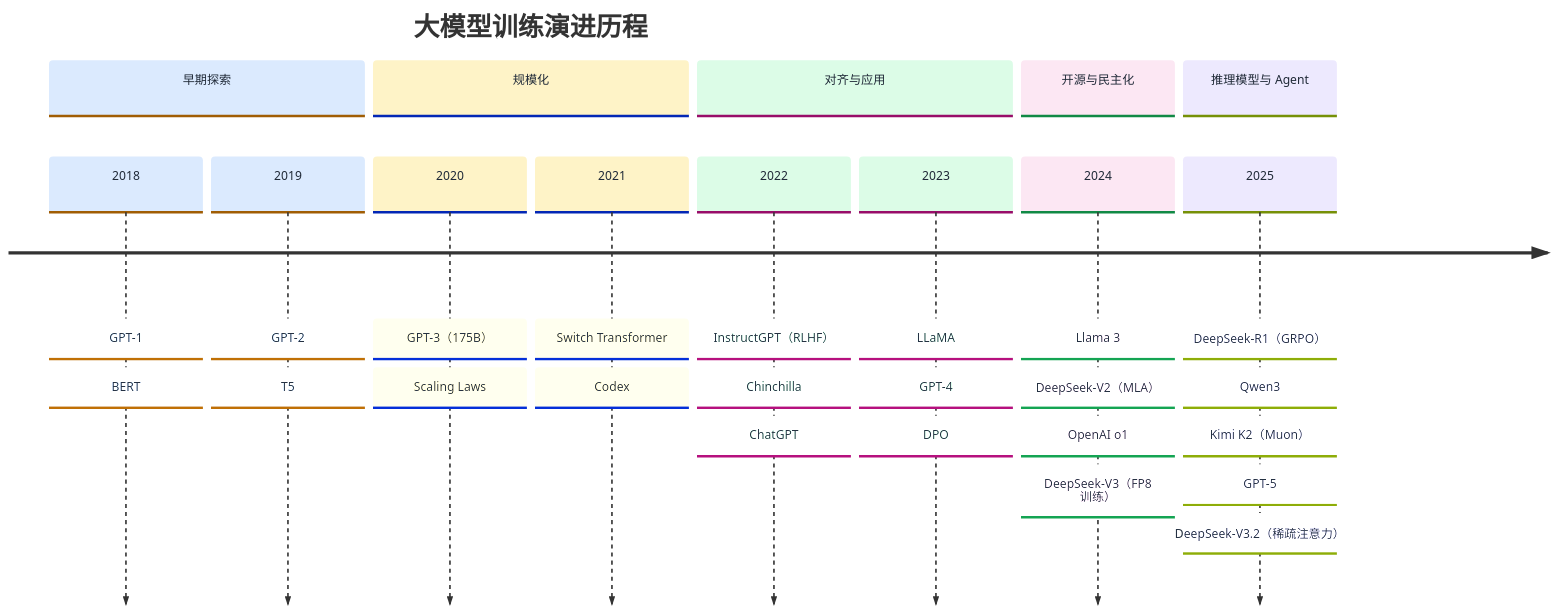
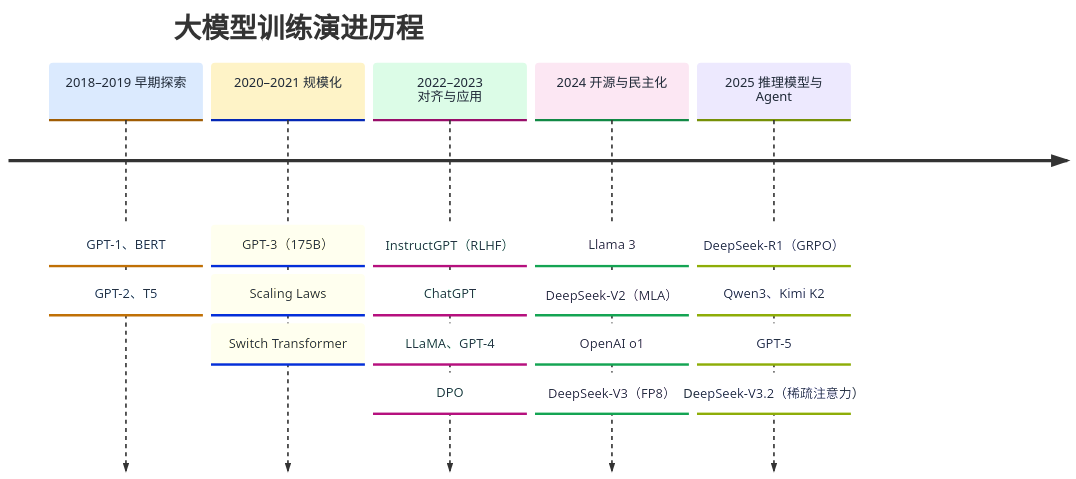
Before and after one commit to TingdeLiu/tingdeliu.github.io: the first of 29 diagrams in _posts/research/2026-02-06-LLM-Training-Survey.md, drawn with Mermaid. The commit also changed other lines of this file and 2 other files, not shown here.

Commit message:
style(llm-survey): merge timeline into five columns for larger text

````diff
--- a/_posts/research/2026-02-06-LLM-Training-Survey.md
+++ b/_posts/research/2026-02-06-LLM-Training-Survey.md
@@ -119,18 +119,10 @@
 ```mermaid
-%%{init: { 'theme': 'base', 'themeVariables': { 'fontSize': '15px', 'cScale0': '#dbeafe', 'cScale1': '#fef3c7', 'cScale2': '#dcfce7', 'cScale3': '#fce7f3', 'cScale4': '#ede9fe', 'cScaleLabel0': '#1f2937', 'cScaleLabel1': '#1f2937', 'cScaleLabel2': '#1f2937', 'cScaleLabel3': '#1f2937', 'cScaleLabel4': '#1f2937' } } }%%
+%%{init: { 'theme': 'base', 'themeVariables': { 'fontSize': '16px', 'cScale0': '#dbeafe', 'cScale1': '#fef3c7', 'cScale2': '#dcfce7', 'cScale3': '#fce7f3', 'cScale4': '#ede9fe', 'cScaleLabel0': '#1f2937', 'cScaleLabel1': '#1f2937', 'cScaleLabel2': '#1f2937', 'cScaleLabel3': '#1f2937', 'cScaleLabel4': '#1f2937' } } }%%
 timeline
     title 大模型训练演进历程
-    section 早期探索
-        2018 : GPT-1 : BERT
-        2019 : GPT-2 : T5
-    section 规模化
-        2020 : GPT-3（175B）: Scaling Laws
-        2021 : Switch Transformer : Codex
-    section 对齐与应用
-        2022 : InstructGPT（RLHF）: Chinchilla : ChatGPT
-        2023 : LLaMA : GPT-4 : DPO
-    section 开源与民主化
-        2024 : Llama 3 : DeepSeek-V2（MLA）: OpenAI o1 : DeepSeek-V3（FP8 训练）
-    section 推理模型与 Agent
-        2025 : DeepSeek-R1（GRPO）: Qwen3 : Kimi K2（Muon）: GPT-5 : DeepSeek-V3.2（稀疏注意力）
+    2018–2019 早期探索 : GPT-1、BERT : GPT-2、T5
+    2020–2021 规模化 : GPT-3（175B） : Scaling Laws : Switch Transformer
+    2022–2023 对齐与应用 : InstructGPT（RLHF） : ChatGPT : LLaMA、GPT-4 : DPO
+    2024 开源与民主化 : Llama 3 : DeepSeek-V2（MLA） : OpenAI o1 : DeepSeek-V3（FP8）
+    2025 推理模型与 Agent : DeepSeek-R1（GRPO） : Qwen3、Kimi K2 : GPT-5 : DeepSeek-V3.2（稀疏注意力）
 ```
````
